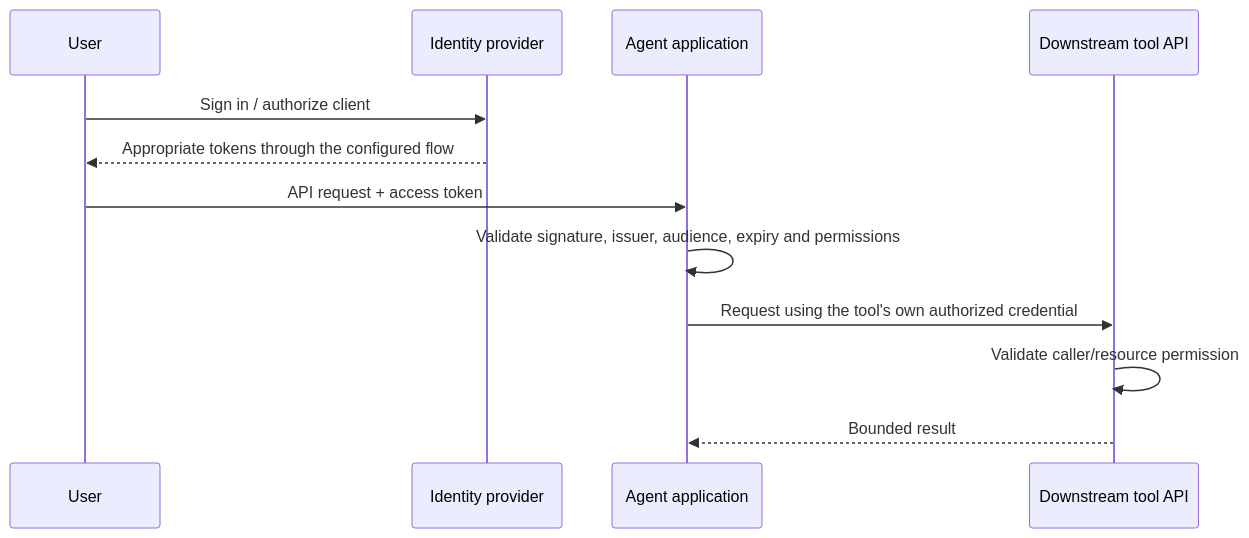
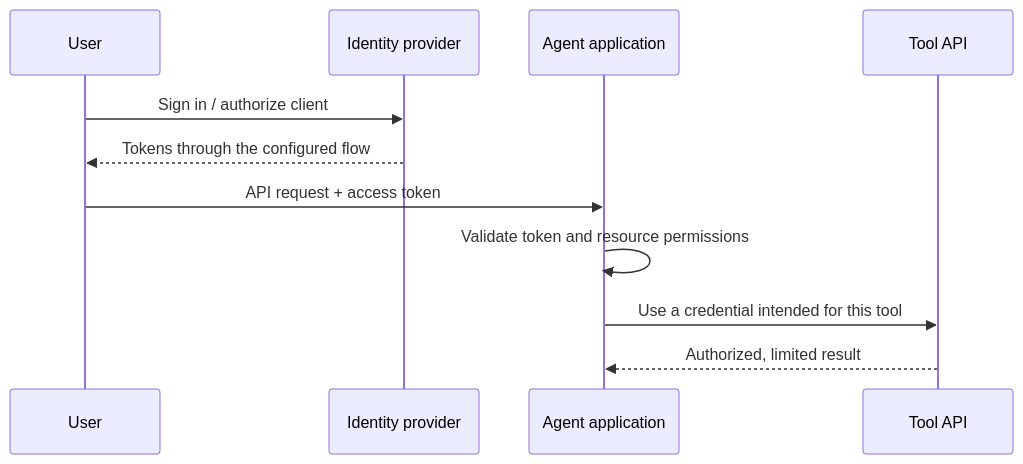
One commit to TrainWithShubham/agentic-ai-for-devops changed the diagram in module-4/README.md. Above: the diagram before and after it, drawn with Mermaid. The commit also changed other lines of this file and 28 other files, not shown here.

````diff
--- a/module-4/README.md
+++ b/module-4/README.md
@@ -9,14 +19,13 @@
 ```mermaid
 sequenceDiagram
     participant User
     participant IdP as Identity provider
     participant App as Agent application
-    participant Tool as Downstream tool API
+    participant Tool as Tool API
     User->>IdP: Sign in / authorize client
-    IdP-->>User: Appropriate tokens through the configured flow
+    IdP-->>User: Tokens through the configured flow
     User->>App: API request + access token
-    App->>App: Validate signature, issuer, audience, expiry and permissions
-    App->>Tool: Request using the tool's own authorized credential
-    Tool->>Tool: Validate caller/resource permission
-    Tool-->>App: Bounded result
+    App->>App: Validate token and resource permissions
+    App->>Tool: Use a credential intended for this tool
+    Tool-->>App: Authorized, limited result
 ```
````
